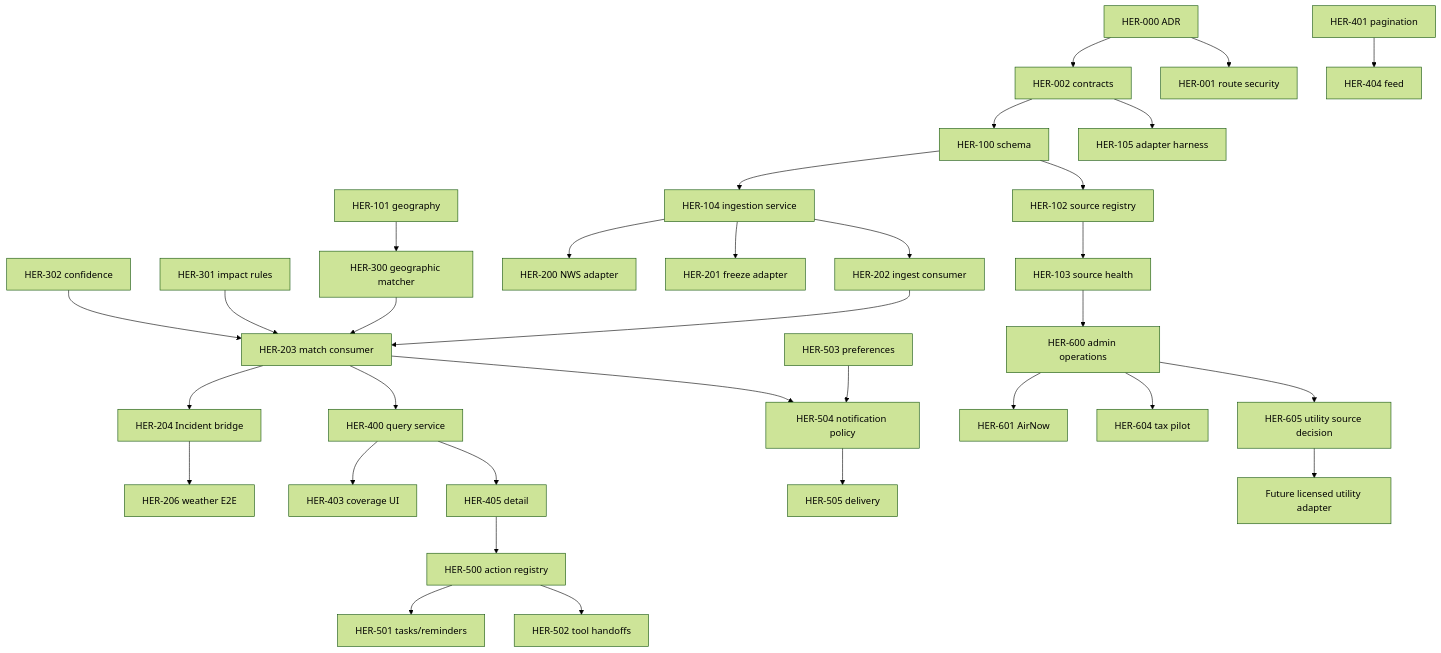
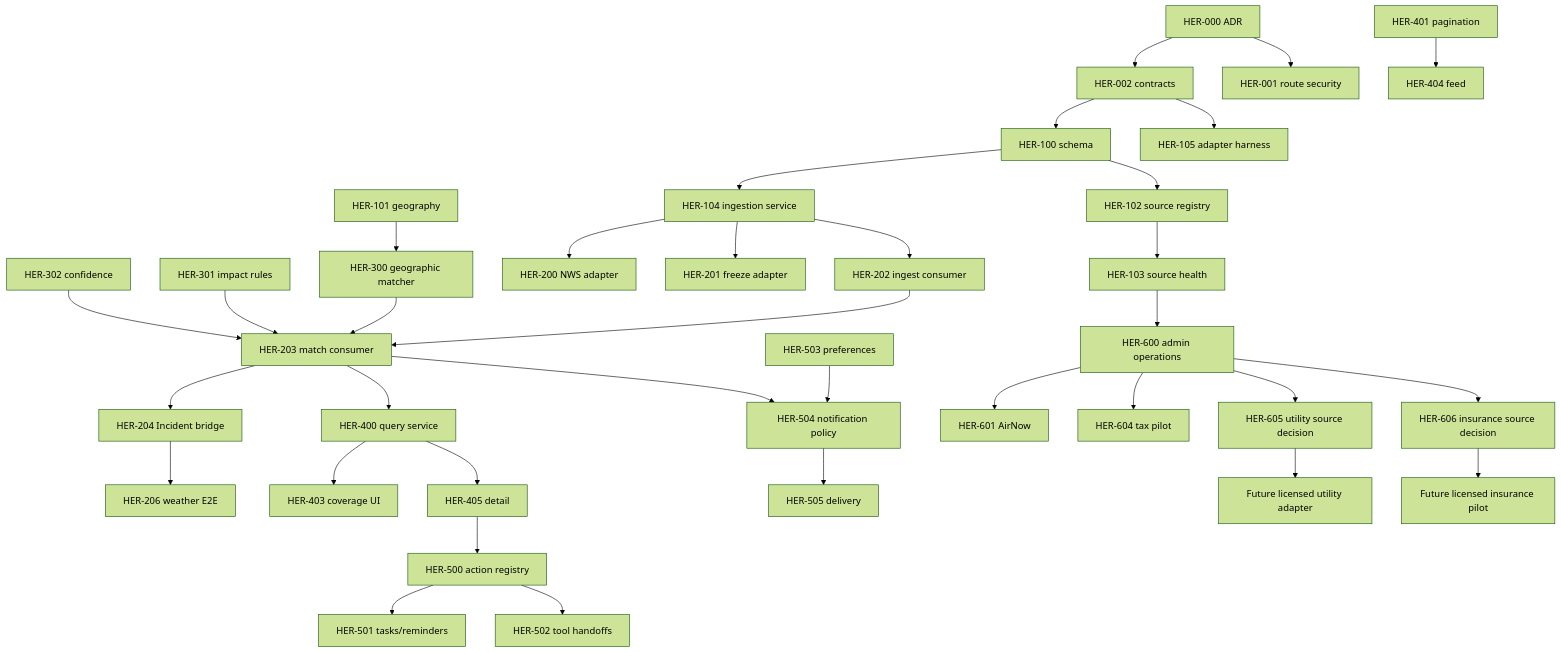
The second of 2 diagrams in docs/functional/HOME_EVENT_RADAR_IMPLEMENTATION_PLAN.md (madhuboyin/contract-to-cozy1), drawn with Mermaid (forest theme) before and after one commit. The commit also changed other lines of this file and 3 other files, not shown here.

Commit message:
docs(radar): decide insurance source readiness

````diff
--- a/docs/functional/HOME_EVENT_RADAR_IMPLEMENTATION_PLAN.md
+++ b/docs/functional/HOME_EVENT_RADAR_IMPLEMENTATION_PLAN.md
@@ -2029,35 +2048,37 @@
 ```mermaid
 flowchart TB
   H000["HER-000 ADR"] --> H002["HER-002 contracts"]
   H000 --> H001["HER-001 route security"]
   H002 --> H100["HER-100 schema"]
   H002 --> H105["HER-105 adapter harness"]
   H100 --> H102["HER-102 source registry"]
   H100 --> H104["HER-104 ingestion service"]
   H101["HER-101 geography"] --> H300["HER-300 geographic matcher"]
   H102 --> H103["HER-103 source health"]
   H104 --> H202["HER-202 ingest consumer"]
   H104 --> H200["HER-200 NWS adapter"]
   H104 --> H201["HER-201 freeze adapter"]
   H202 --> H203["HER-203 match consumer"]
   H300 --> H203
   H301["HER-301 impact rules"] --> H203
   H302["HER-302 confidence"] --> H203
   H203 --> H204["HER-204 Incident bridge"]
   H204 --> H206["HER-206 weather E2E"]
   H203 --> H400["HER-400 query service"]
   H400 --> H403["HER-403 coverage UI"]
   H401["HER-401 pagination"] --> H404["HER-404 feed"]
   H400 --> H405["HER-405 detail"]
   H405 --> H500["HER-500 action registry"]
   H500 --> H501["HER-501 tasks/reminders"]
   H500 --> H502["HER-502 tool handoffs"]
   H503["HER-503 preferences"] --> H504["HER-504 notification policy"]
   H203 --> H504
   H504 --> H505["HER-505 delivery"]
   H103 --> H600["HER-600 admin operations"]
   H600 --> H601["HER-601 AirNow"]
   H600 --> H604["HER-604 tax pilot"]
   H600 --> H605["HER-605 utility source decision"]
   H605 --> H608["Future licensed utility adapter"]
+  H600 --> H606["HER-606 insurance source decision"]
+  H606 --> H609["Future licensed insurance pilot"]
 ```
````
